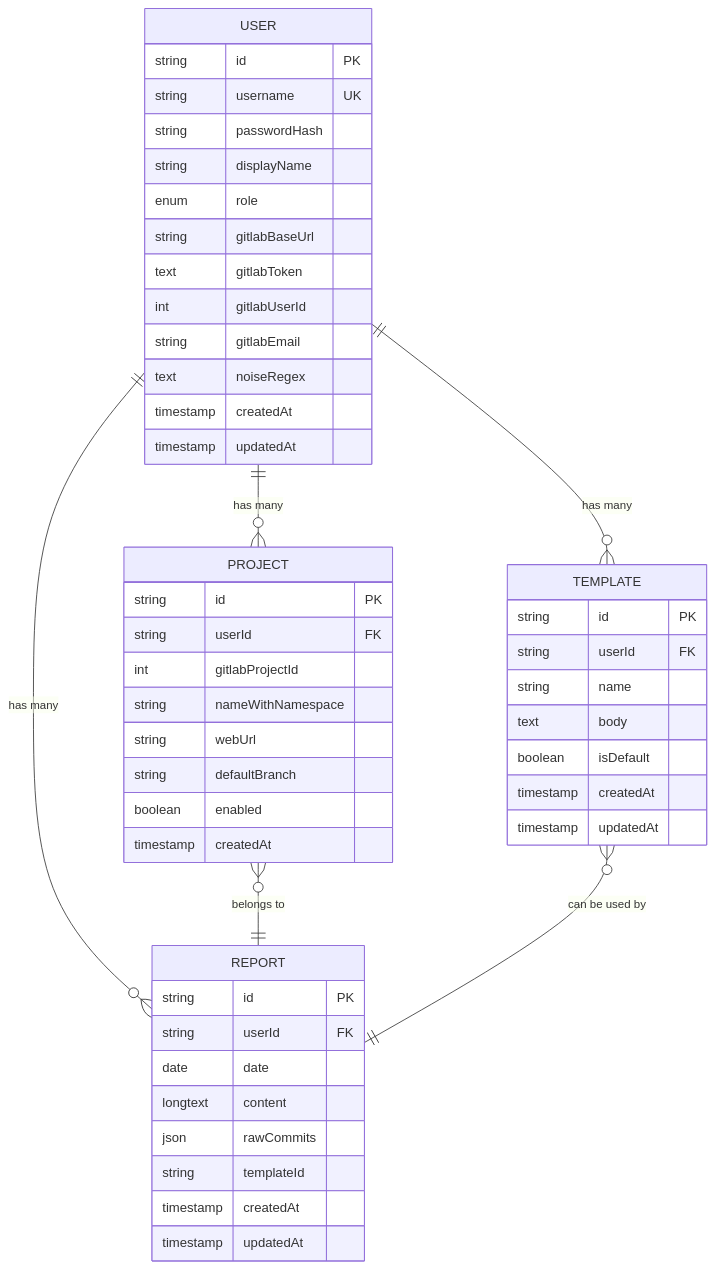
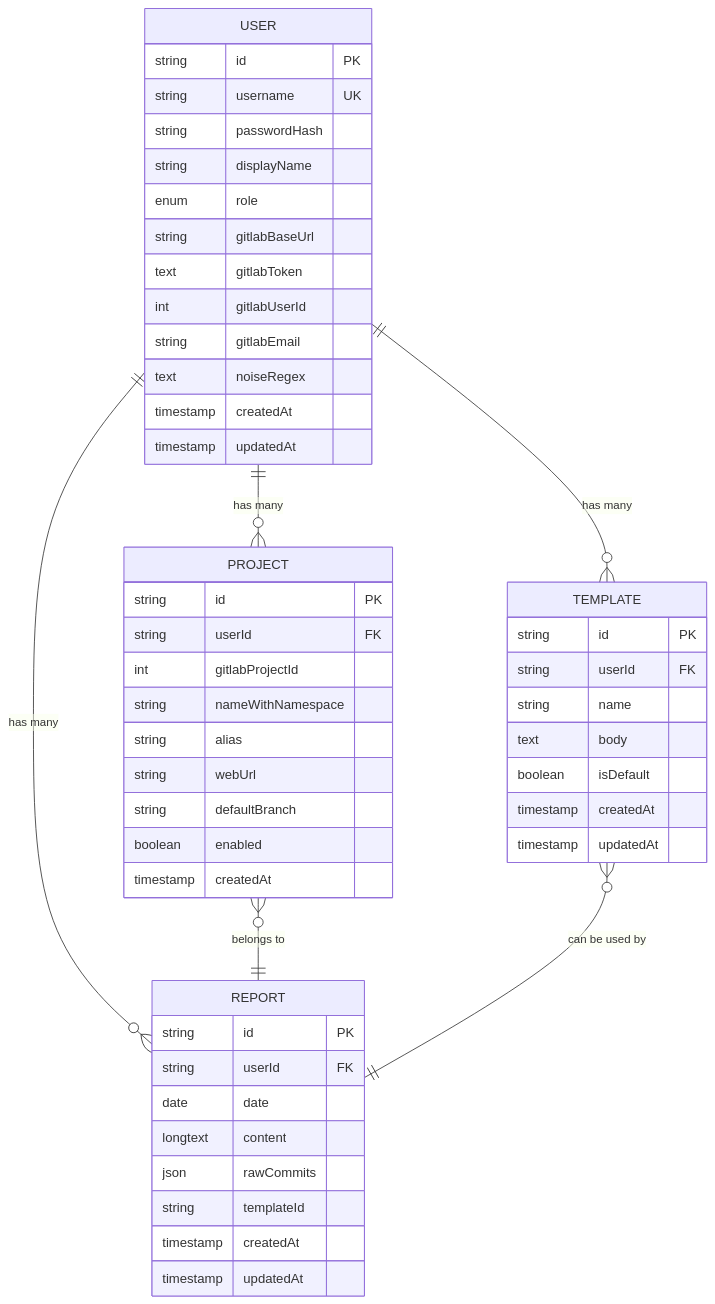
One commit to jrj444/git-daily changed the second of 10 diagrams in .qoder/repowiki/en/content/Database Design/Database Design.md. Above: the diagram before and after it, drawn with Mermaid. The commit also changed other lines of this file and 26 other files, not shown here.

````diff
--- a/.qoder/repowiki/en/content/Database Design/Database Design.md
+++ b/.qoder/repowiki/en/content/Database Design/Database Design.md
@@ -124,51 +143,52 @@
 ```mermaid
 erDiagram
 USER {
 string id PK
 string username UK
 string passwordHash
 string displayName
 enum role
 string gitlabBaseUrl
 text gitlabToken
 int gitlabUserId
 string gitlabEmail
 text noiseRegex
 timestamp createdAt
 timestamp updatedAt
 }
 PROJECT {
 string id PK
 string userId FK
 int gitlabProjectId
 string nameWithNamespace
+string alias
 string webUrl
 string defaultBranch
 boolean enabled
 timestamp createdAt
 }
 REPORT {
 string id PK
 string userId FK
 date date
 longtext content
 json rawCommits
 string templateId
 timestamp createdAt
 timestamp updatedAt
 }
 TEMPLATE {
 string id PK
 string userId FK
 string name
 text body
 boolean isDefault
 timestamp createdAt
 timestamp updatedAt
 }
 USER ||--o{ PROJECT : "has many"
 USER ||--o{ REPORT : "has many"
 USER ||--o{ TEMPLATE : "has many"
 PROJECT }o--|| REPORT : "belongs to"
 TEMPLATE }o--|| REPORT : "can be used by"
 ```
````
